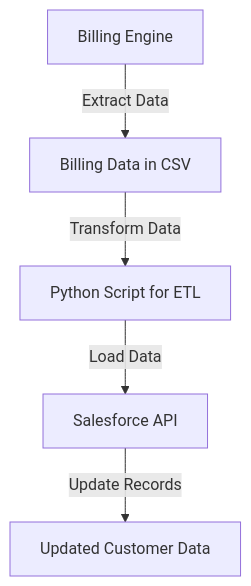
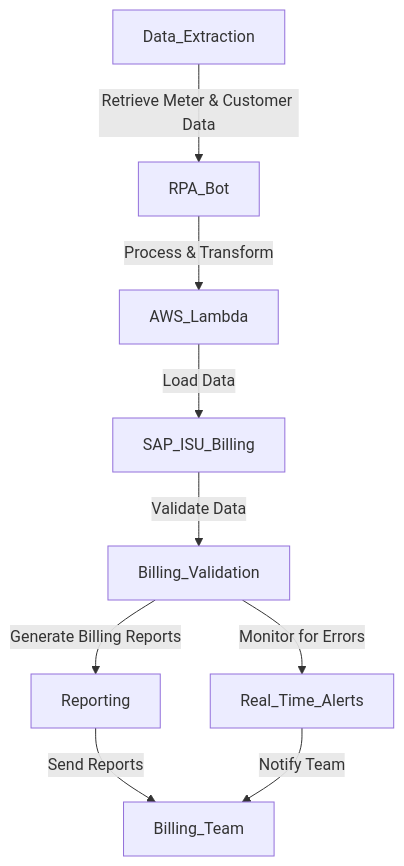
One commit to mthwndrsn/mthwndrsn.github.io changed the diagram in _posts/2017-08-20-billing-automation.md. Above: the diagram before and after it, drawn with Mermaid. The commit also changed other lines of this file and 5 other files, not shown here.

````diff
--- a/_posts/2017-08-20-billing-automation.md
+++ b/_posts/2017-08-20-billing-automation.md
@@ -42,7 +60,11 @@
 ```mermaid
-graph TD
-    A[Billing Engine] -->|Extract Data| B[Billing Data in CSV]
-    B -->|Transform Data| C[Python Script for ETL]
-    C -->|Load Data| D[Salesforce API]
-    D -->|Update Records| E[Updated Customer Data]
+graph TD;
+    Data_Extraction -->|Retrieve Meter & Customer Data| RPA_Bot;
+    RPA_Bot -->|Process & Transform| AWS_Lambda;
+    AWS_Lambda -->|Load Data| SAP_ISU_Billing;
+    SAP_ISU_Billing -->|Validate Data| Billing_Validation;
+    Billing_Validation -->|Generate Billing Reports| Reporting;
+    Reporting -->|Send Reports| Billing_Team;
+    Billing_Validation -->|Monitor for Errors| Real_Time_Alerts;
+    Real_Time_Alerts -->|Notify Team| Billing_Team;
 ```
````
